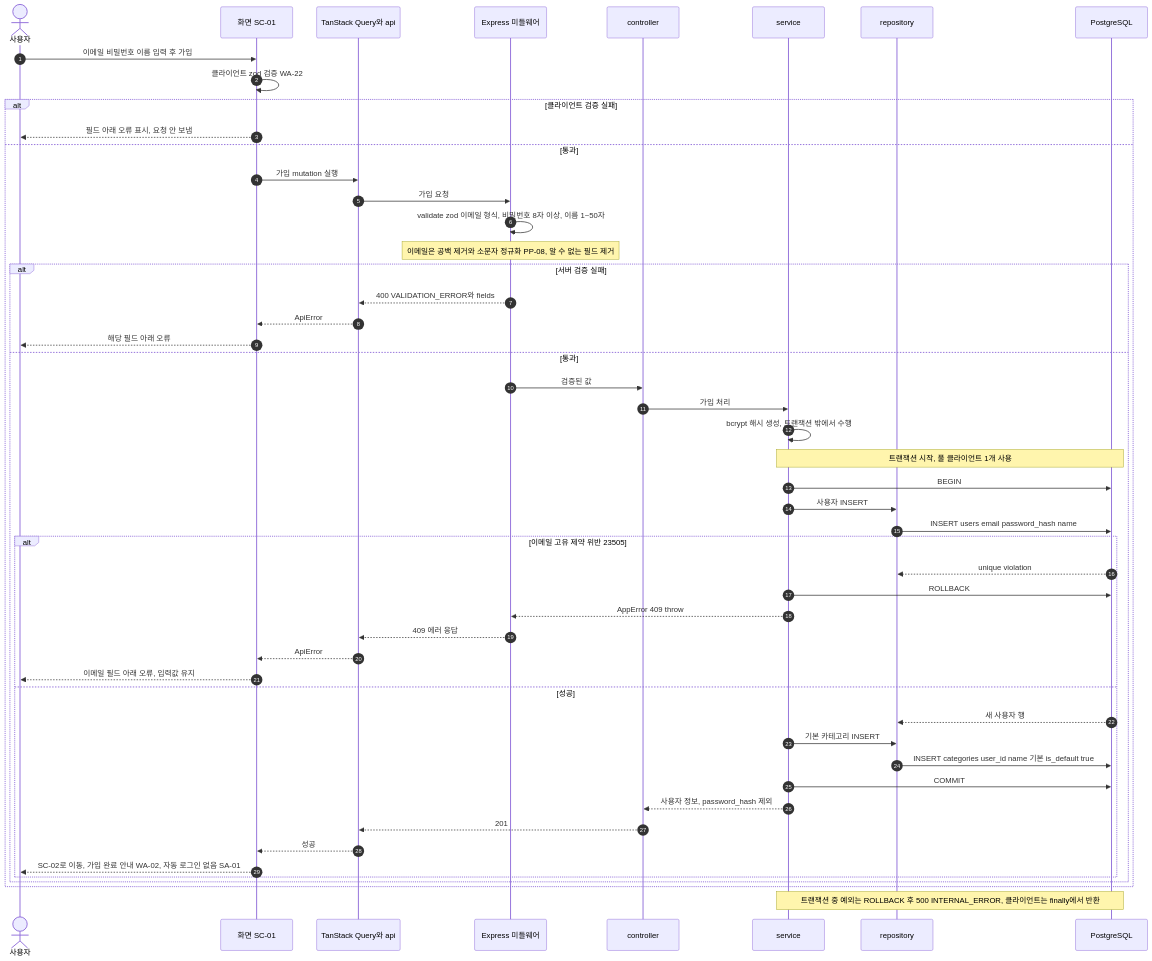
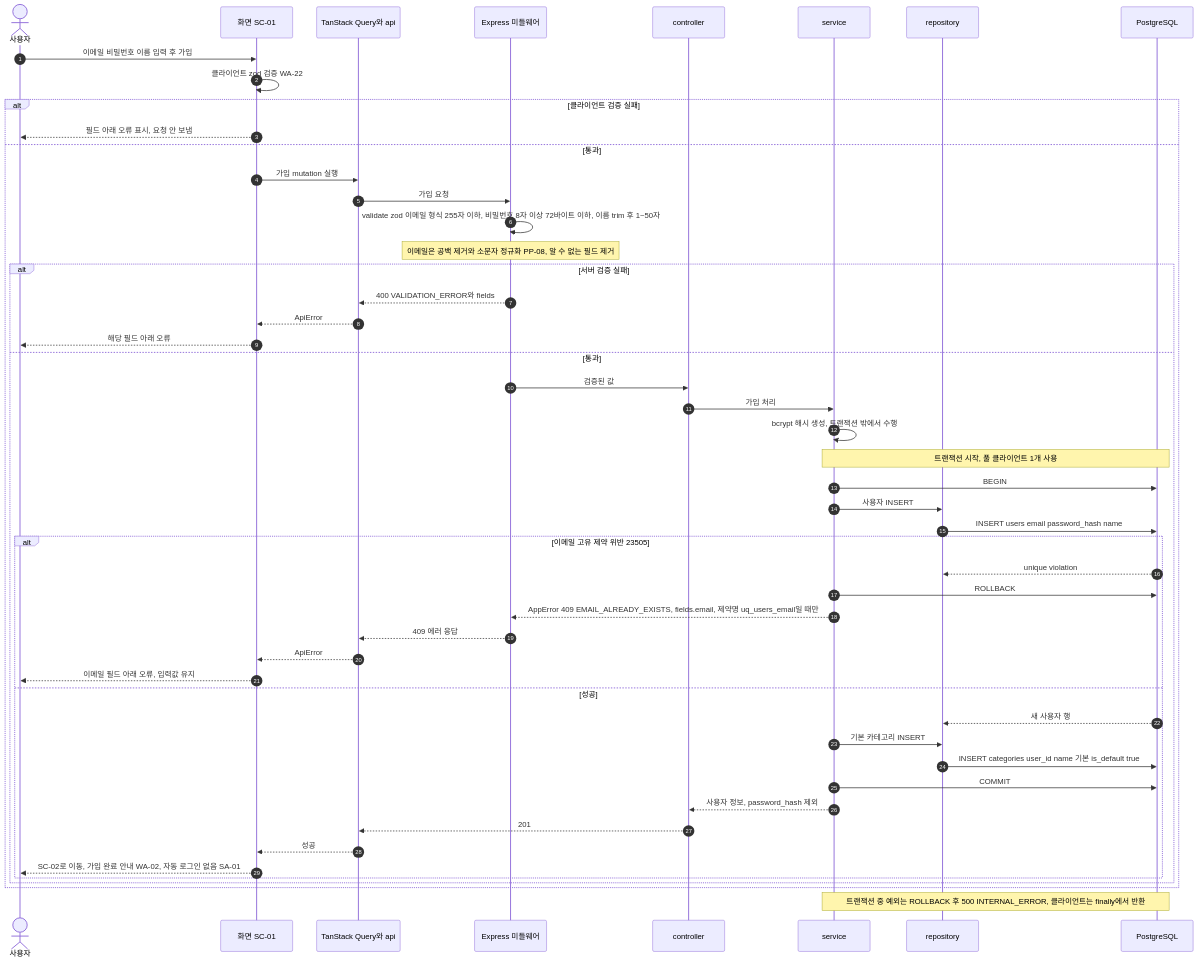
One commit to wjdxo513/todolist-app changed the sixth of 14 diagrams in docs/6-arch-diagram.md. Above: the diagram before and after it, drawn with Mermaid. The commit also changed other lines of this file and 10 other files, not shown here.

````diff
--- a/docs/6-arch-diagram.md
+++ b/docs/6-arch-diagram.md
@@ -298,54 +329,54 @@
 ```mermaid
 sequenceDiagram
     autonumber
     actor U as 사용자
     participant UI as 화면 SC-01
     participant Q as TanStack Query와 api
     participant MW as Express 미들웨어
     participant C as controller
     participant S as service
     participant R as repository
     participant DB as PostgreSQL
 
     U->>UI: 이메일 비밀번호 이름 입력 후 가입
     UI->>UI: 클라이언트 zod 검증 WA-22
     alt 클라이언트 검증 실패
         UI-->>U: 필드 아래 오류 표시, 요청 안 보냄
     else 통과
         UI->>Q: 가입 mutation 실행
         Q->>MW: 가입 요청
-        MW->>MW: validate zod 이메일 형식, 비밀번호 8자 이상, 이름 1~50자
+        MW->>MW: validate zod 이메일 형식 255자 이하, 비밀번호 8자 이상 72바이트 이하, 이름 trim 후 1~50자
         Note over MW: 이메일은 공백 제거와 소문자 정규화 PP-08, 알 수 없는 필드 제거
         alt 서버 검증 실패
             MW-->>Q: 400 VALIDATION_ERROR와 fields
             Q-->>UI: ApiError
             UI-->>U: 해당 필드 아래 오류
         else 통과
             MW->>C: 검증된 값
             C->>S: 가입 처리
             S->>S: bcrypt 해시 생성, 트랜잭션 밖에서 수행
             Note over S,DB: 트랜잭션 시작, 풀 클라이언트 1개 사용
             S->>DB: BEGIN
             S->>R: 사용자 INSERT
             R->>DB: INSERT users email password_hash name
             alt 이메일 고유 제약 위반 23505
                 DB-->>R: unique violation
                 S->>DB: ROLLBACK
-                S-->>MW: AppError 409 throw
+                S-->>MW: AppError 409 EMAIL_ALREADY_EXISTS, fields.email, 제약명 uq_users_email일 때만
                 MW-->>Q: 409 에러 응답
                 Q-->>UI: ApiError
                 UI-->>U: 이메일 필드 아래 오류, 입력값 유지
             else 성공
                 DB-->>R: 새 사용자 행
                 S->>R: 기본 카테고리 INSERT
                 R->>DB: INSERT categories user_id name 기본 is_default true
                 S->>DB: COMMIT
                 S-->>C: 사용자 정보, password_hash 제외
                 C-->>Q: 201
                 Q-->>UI: 성공
                 UI-->>U: SC-02로 이동, 가입 완료 안내 WA-02, 자동 로그인 없음 SA-01
             end
         end
     end
     Note over S,DB: 트랜잭션 중 예외는 ROLLBACK 후 500 INTERNAL_ERROR, 클라이언트는 finally에서 반환
 ```
````
